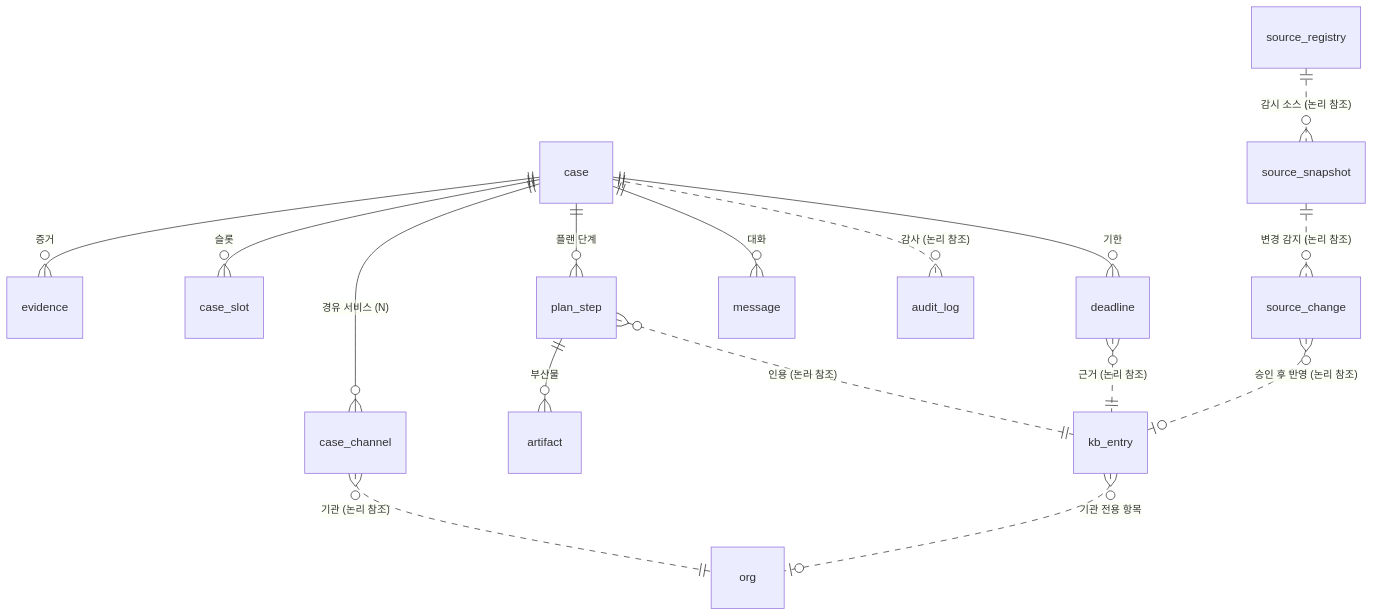
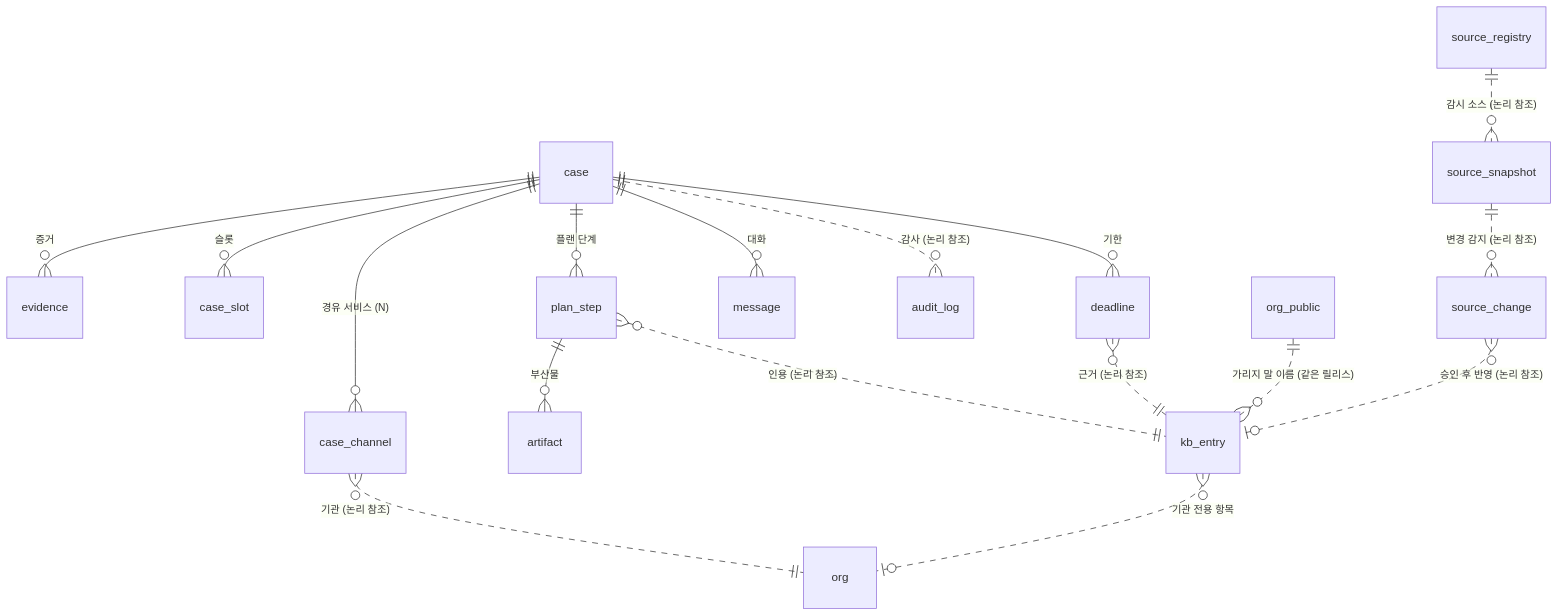
One commit to Dojaegyum/fsec-ai-challenge changed the diagram in README.md. Above: the diagram before and after it, drawn with Mermaid. The commit also changed 9 other files, not shown here.

First line of the commit message:
경찰청은 「유형을 모르는 경유 서비스」가 아니다 — org_public 을 만듭니다

````diff
--- a/README.md
+++ b/README.md
@@ -46,18 +46,19 @@
 ```mermaid
 erDiagram
     case ||--o{ evidence : "증거"
     case ||--o{ case_channel : "경유 서비스 (N)"
     case ||--o{ case_slot : "슬롯"
     case ||--o{ plan_step : "플랜 단계"
     case ||--o{ deadline : "기한"
     case ||--o{ message : "대화"
     case ||..o{ audit_log : "감사 (논리 참조)"
     plan_step ||--o{ artifact : "부산물"
     plan_step }o..|| kb_entry : "인용 (논리 참조)"
     deadline }o..|| kb_entry : "근거 (논리 참조)"
     case_channel }o..|| org : "기관 (논리 참조)"
     kb_entry }o..o| org : "기관 전용 항목"
+    org_public ||..o{ kb_entry : "가리지 말 이름 (같은 릴리스)"
     source_registry ||..o{ source_snapshot : "감시 소스 (논리 참조)"
     source_snapshot ||..o{ source_change : "변경 감지 (논리 참조)"
     source_change }o..o| kb_entry : "승인 후 반영 (논리 참조)"
 ```
````
